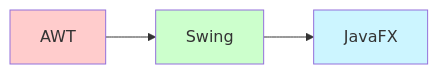
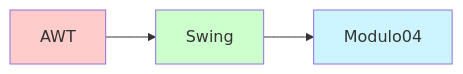
The diagram in Module - Lessons/Module 1 - Java Basic/Lesson 5 - Introduction to Swing and JavaFX/lesson-05-en.md (ThayronyVonHeld/java-backend-journey), drawn with Mermaid before and after one commit. The commit also changed other lines of this file and 8 other files, not shown here.

````diff
--- a/Module - Lessons/Module 1 - Java Basic/Lesson 5 - Introduction to Swing and JavaFX/lesson-05-en.md
+++ b/Module - Lessons/Module 1 - Java Basic/Lesson 5 - Introduction to Swing and JavaFX/lesson-05-en.md
@@ -40,9 +40,9 @@
 ```mermaid
 graph LR
     A[AWT] --> B[Swing];
-    B --> C[JavaFX];
+    B --> C[Modulo04];
     
     style A fill:#ffcccc
     style B fill:#ccffcc
     style C fill:#ccf5ff
 ```
````
